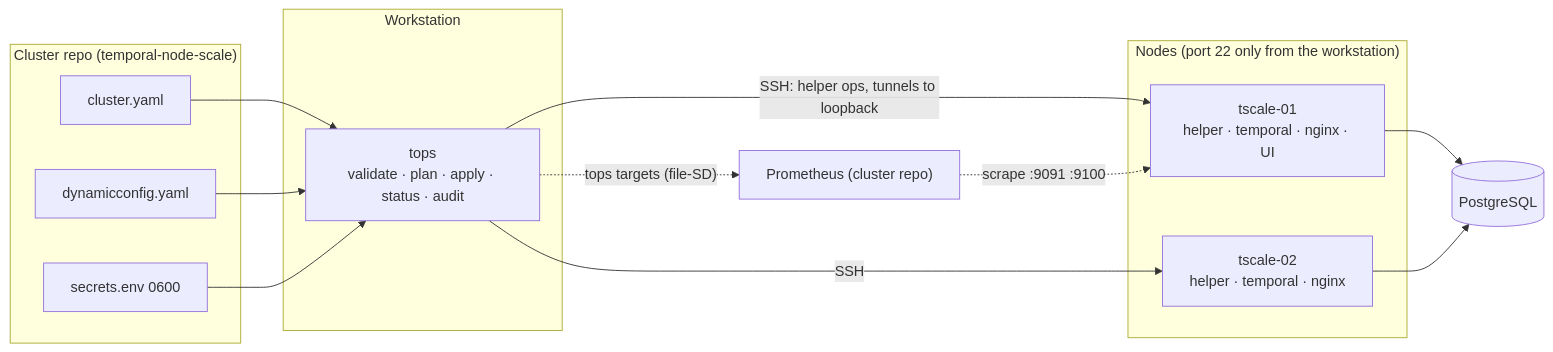
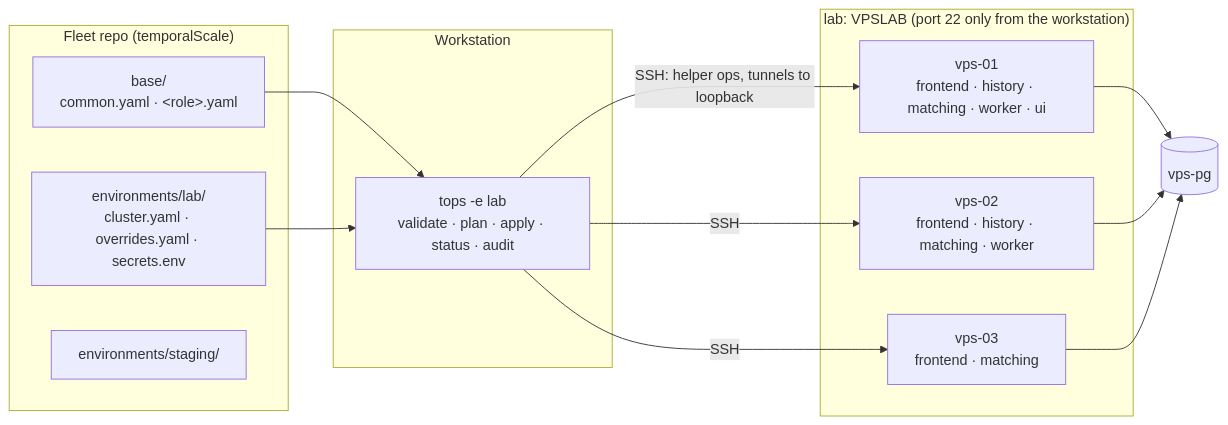
The diagram in docs/design-brief.md (2SSK/tops), drawn with Mermaid before and after one commit. The commit also changed other lines of this file and 7 other files, not shown here.

Commit message:
docs: 📜 realign design around fleet repo, environments and roles

````diff
--- a/docs/design-brief.md
+++ b/docs/design-brief.md
@@ -13,26 +28,25 @@
 ```mermaid
 flowchart LR
-    subgraph Repo["Cluster repo (temporal-node-scale)"]
-        S[cluster.yaml]
-        D[dynamicconfig.yaml]
-        K[secrets.env 0600]
+    subgraph Repo["Fleet repo (temporalScale)"]
+        B["base/<br/>common.yaml · &lt;role&gt;.yaml"]
+        E["environments/lab/<br/>cluster.yaml · overrides.yaml · secrets.env"]
+        S["environments/staging/"]
     end
     subgraph WS["Workstation"]
-        T["tops<br/>validate · plan · apply · status · audit"]
+        T["tops -e lab<br/>validate · plan · apply · status · audit"]
     end
-    subgraph Cluster["Nodes (port 22 only from the workstation)"]
-        N1["tscale-01<br/>helper · temporal · nginx · UI"]
-        N2["tscale-02<br/>helper · temporal · nginx"]
+    subgraph Cluster["lab: VPSLAB (port 22 only from the workstation)"]
+        N1["vps-01<br/>frontend · history · matching · worker · ui"]
+        N2["vps-02<br/>frontend · history · matching · worker"]
+        N3["vps-03<br/>frontend · matching"]
     end
-    PG[(PostgreSQL)]
-    MON["Prometheus (cluster repo)"]
-    S --> T
-    D --> T
-    K --> T
+    PG[(vps-pg)]
+    B --> T
+    E --> T
     T -- "SSH: helper ops, tunnels to loopback" --> N1
     T -- "SSH" --> N2
+    T -- "SSH" --> N3
     N1 --> PG
     N2 --> PG
-    T -. "tops targets (file-SD)" .-> MON
-    MON -. scrape :9091 :9100 .-> N1
+    N3 --> PG
 ```
````
